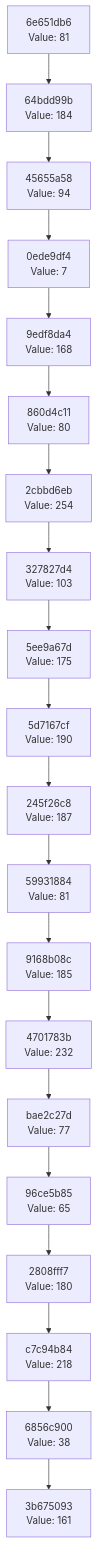
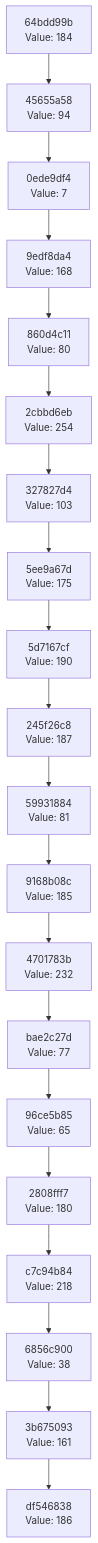
The diagram in docs/CHAIN_VISUALIZATION.md (Abhisheksinha1506/hash-chain-evolver), drawn with Mermaid before and after one commit. The commit also changed 3 other files, not shown here.

````diff
--- a/docs/CHAIN_VISUALIZATION.md
+++ b/docs/CHAIN_VISUALIZATION.md
@@ -3,42 +3,42 @@
 ```mermaid
 graph TD
-    C0["3b675093<br/>Value: 161"]
-    C1["6856c900<br/>Value: 38"]
+    C0["df546838<br/>Value: 186"]
+    C1["3b675093<br/>Value: 161"]
     C1 --> C0
-    C2["c7c94b84<br/>Value: 218"]
+    C2["6856c900<br/>Value: 38"]
     C2 --> C1
-    C3["2808fff7<br/>Value: 180"]
+    C3["c7c94b84<br/>Value: 218"]
     C3 --> C2
-    C4["96ce5b85<br/>Value: 65"]
+    C4["2808fff7<br/>Value: 180"]
     C4 --> C3
-    C5["bae2c27d<br/>Value: 77"]
+    C5["96ce5b85<br/>Value: 65"]
     C5 --> C4
-    C6["4701783b<br/>Value: 232"]
+    C6["bae2c27d<br/>Value: 77"]
     C6 --> C5
-    C7["9168b08c<br/>Value: 185"]
+    C7["4701783b<br/>Value: 232"]
     C7 --> C6
-    C8["59931884<br/>Value: 81"]
+    C8["9168b08c<br/>Value: 185"]
     C8 --> C7
-    C9["245f26c8<br/>Value: 187"]
+    C9["59931884<br/>Value: 81"]
     C9 --> C8
-    C10["5d7167cf<br/>Value: 190"]
+    C10["245f26c8<br/>Value: 187"]
     C10 --> C9
-    C11["5ee9a67d<br/>Value: 175"]
+    C11["5d7167cf<br/>Value: 190"]
     C11 --> C10
-    C12["327827d4<br/>Value: 103"]
+    C12["5ee9a67d<br/>Value: 175"]
     C12 --> C11
-    C13["2cbbd6eb<br/>Value: 254"]
+    C13["327827d4<br/>Value: 103"]
     C13 --> C12
-    C14["860d4c11<br/>Value: 80"]
+    C14["2cbbd6eb<br/>Value: 254"]
     C14 --> C13
-    C15["9edf8da4<br/>Value: 168"]
+    C15["860d4c11<br/>Value: 80"]
     C15 --> C14
-    C16["0ede9df4<br/>Value: 7"]
+    C16["9edf8da4<br/>Value: 168"]
     C16 --> C15
-    C17["45655a58<br/>Value: 94"]
+    C17["0ede9df4<br/>Value: 7"]
     C17 --> C16
-    C18["64bdd99b<br/>Value: 184"]
+    C18["45655a58<br/>Value: 94"]
     C18 --> C17
-    C19["6e651db6<br/>Value: 81"]
+    C19["64bdd99b<br/>Value: 184"]
     C19 --> C18
 ```
````
